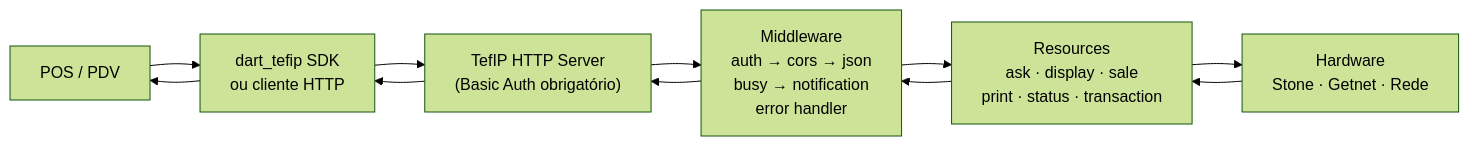
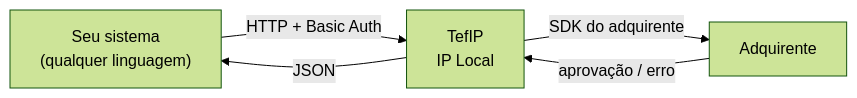
The diagram in docs/index.md (TefIP/tefip_docs), drawn with Mermaid (forest theme) before and after one commit. The commit also changed other lines of this file and 2 other files, not shown here.

````diff
--- a/docs/index.md
+++ b/docs/index.md
@@ -13,12 +22,11 @@
 ```mermaid
 flowchart LR
-    POS["POS / PDV"]
-    SDK["dart_tefip SDK\nou cliente HTTP"]
-    SERVER["TefIP HTTP Server\n(Basic Auth obrigatório)"]
-    MW["Middleware\nauth → cors → json\nbusy → notification\nerror handler"]
-    RES["Resources\nask · display · sale\nprint · status · transaction"]
-    HW["Hardware\nStone · Getnet · Rede"]
+    PDV["Seu sistema\n(qualquer linguagem)"]
+    TefIP["TefIP\nIP Local"]
+    HW["Adquirente"]
 
-    POS --> SDK --> SERVER --> MW --> RES --> HW
-    HW --> RES --> MW --> SERVER --> SDK --> POS
+    PDV -- "HTTP + Basic Auth" --> TefIP
+    TefIP -- "SDK do adquirente" --> HW
+    HW -- "aprovação / erro" --> TefIP
+    TefIP -- "JSON" --> PDV
 ```
````
